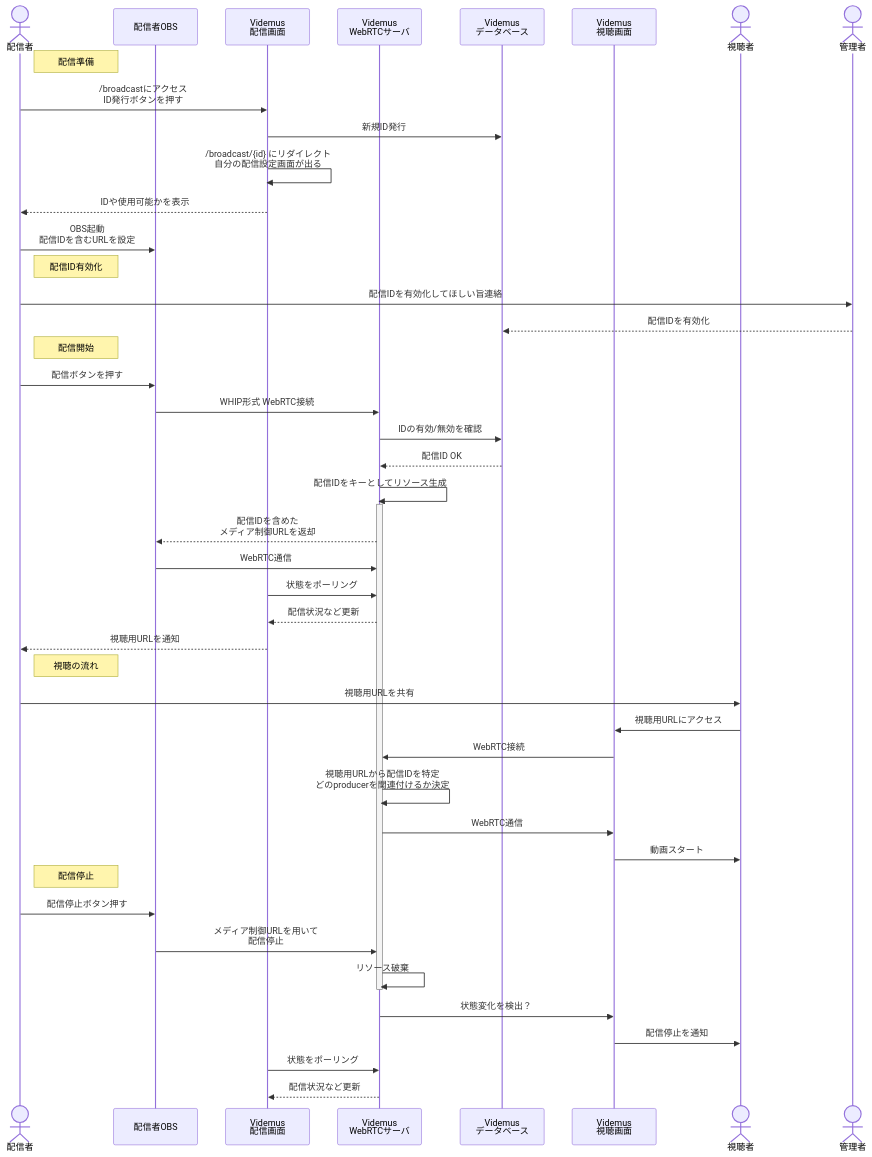
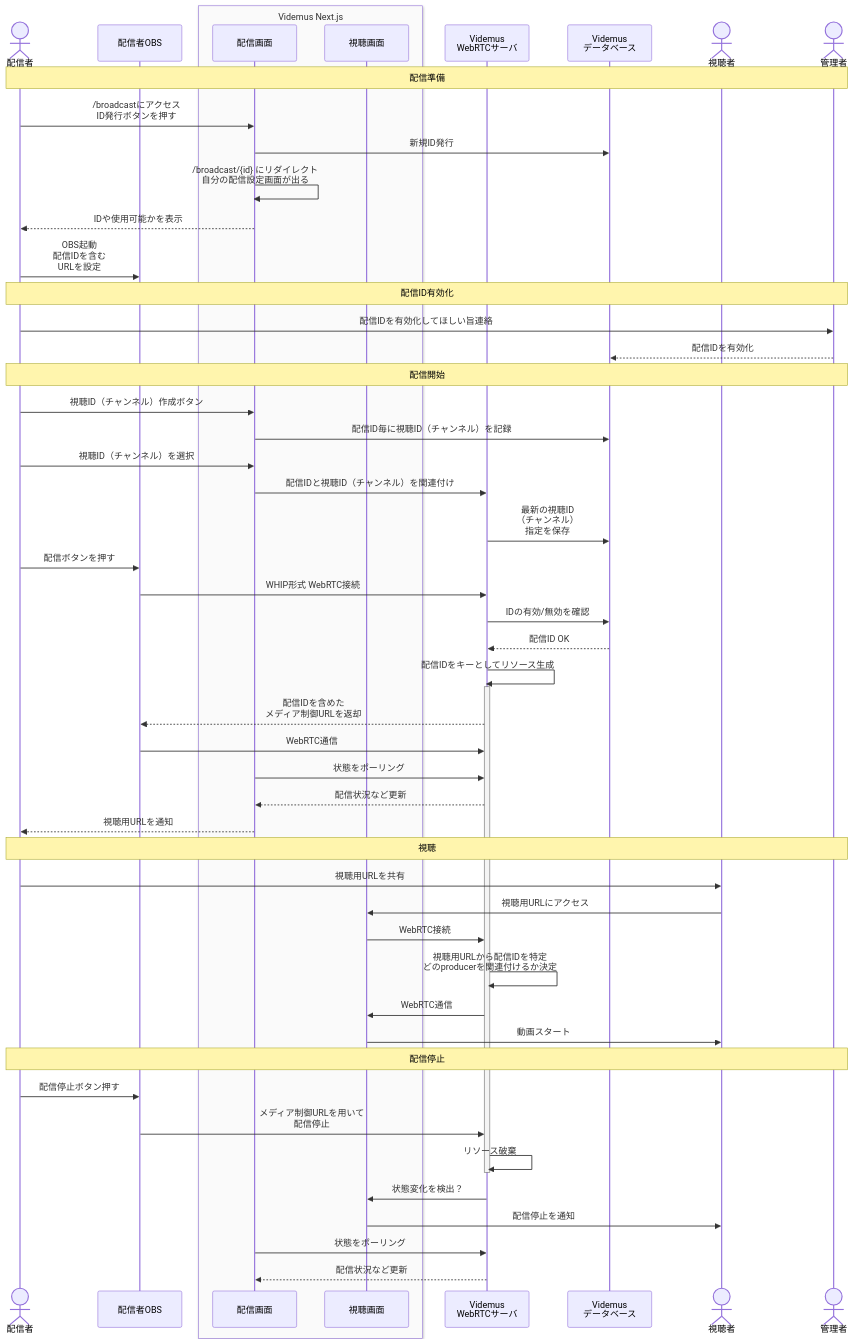
Before and after one commit to Daiius/videmus: the first of 3 diagrams in MEMO.md, drawn with Mermaid. The commit also changed other lines of this file, not shown here.

````diff
--- a/MEMO.md
+++ b/MEMO.md
@@ -14,55 +60,64 @@
 ```mermaid
 %%{init: {"sequence": { "rightAngles": true } } }%%
 sequenceDiagram
     actor broadcaster as 配信者
     participant obs as 配信者OBS
-    participant broadcaster_page as Videmus<br/>配信画面
+    box rgb(250,250,250) Videmus Next.js
+        participant broadcaster_page as 配信画面
+        participant streamer_page as 視聴画面
+    end
     participant server as Videmus<br/>WebRTCサーバ 
     participant database as Videmus<br/>データベース
-    participant streamer_page as Videmus<br/>視聴画面
     actor streamer as 視聴者
     actor administrator as 管理者
 
-    Note right of broadcaster : 配信準備
+    Note over broadcaster,administrator: 配信準備
 
     broadcaster ->> broadcaster_page : /broadcastにアクセス<br/>ID発行ボタンを押す
     broadcaster_page ->> database : 新規ID発行
     broadcaster_page ->> broadcaster_page : /broadcast/{id} にリダイレクト<br/>自分の配信設定画面が出る
     broadcaster_page -->> broadcaster : IDや使用可能かを表示
-    broadcaster ->> obs : OBS起動<br/>配信IDを含むURLを設定
+    broadcaster ->> obs : OBS起動<br/>配信IDを含む<br/>URLを設定
 
-    Note right of broadcaster : 配信ID有効化
+    Note over broadcaster,administrator : 配信ID有効化
 
     broadcaster ->> administrator : 配信IDを有効化してほしい旨連絡
     administrator -->> database : 配信IDを有効化
 
-    Note right of broadcaster : 配信開始
+    Note over broadcaster,administrator : 配信開始
     
+    broadcaster ->> broadcaster_page : 視聴ID（チャンネル）作成ボタン
+    broadcaster_page ->> database : 配信ID毎に視聴ID（チャンネル）を記録
+    broadcaster ->> broadcaster_page : 視聴ID（チャンネル）を選択
+    broadcaster_page ->> server : 配信IDと視聴ID（チャンネル）を関連付け
+    server ->> database : 最新の視聴ID<br/>（チャンネル）<br/>指定を保存
     broadcaster ->> obs : 配信ボタンを押す
     obs ->> server : WHIP形式 WebRTC接続
     server ->> database : IDの有効/無効を確認
     database -->> server : 配信ID OK
     server ->>+ server : 配信IDをキーとしてリソース生成
     server -->> obs : 配信IDを含めた<br/>メディア制御URLを返却
     obs ->> server : WebRTC通信
     broadcaster_page ->> server : 状態をポーリング
     server -->> broadcaster_page : 配信状況など更新
     broadcaster_page -->> broadcaster : 視聴用URLを通知
     
-    Note right of broadcaster : 視聴の流れ
+    Note over broadcaster,administrator : 視聴
 
     broadcaster ->> streamer : 視聴用URLを共有
     streamer ->> streamer_page : 視聴用URLにアクセス
     streamer_page ->> server : WebRTC接続
     server ->> server : 視聴用URLから配信IDを特定<br/>どのproducerを関連付けるか決定
     server ->> streamer_page : WebRTC通信
     streamer_page ->> streamer : 動画スタート
-    Note right of broadcaster : 配信停止
+
+    Note over broadcaster,administrator : 配信停止
+
     broadcaster ->> obs : 配信停止ボタン押す
     obs ->> server : メディア制御URLを用いて<br/>配信停止
     server ->>-server : リソース破棄
     server ->> streamer_page : 状態変化を検出？
     streamer_page ->> streamer : 配信停止を通知
     broadcaster_page ->> server : 状態をポーリング
     server -->> broadcaster_page : 配信状況など更新
 ```
````
